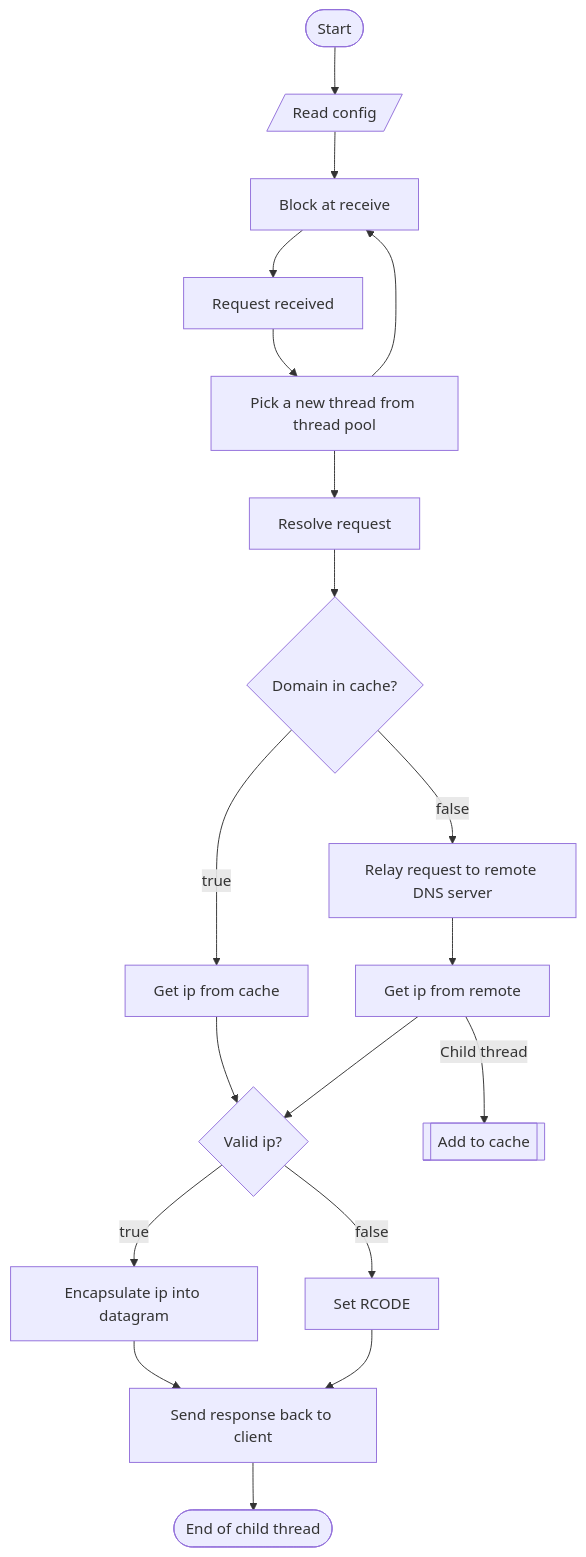
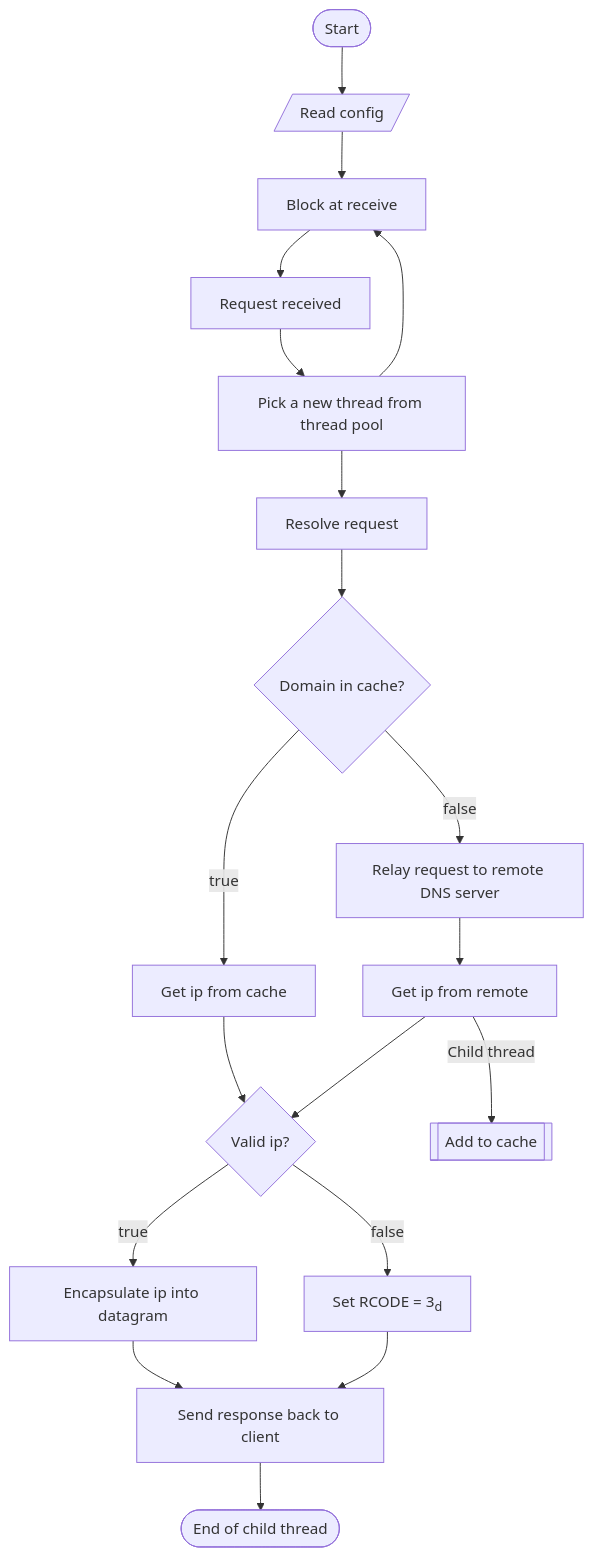
The fourth of 4 diagrams in docs/report.md (JerryZhangZZY/DnsRelay), drawn with Mermaid before and after one commit. The commit also changed other lines of this file, not shown here.

````diff
--- a/docs/report.md
+++ b/docs/report.md
@@ -256,29 +285,29 @@
 ```mermaid
 flowchart TB
 
 st([Start])
 1[/Read config/]
 2[Block at receive]
 3[Request received]
 4[Pick a new thread from thread pool]
 5[Resolve request]
 6{Domain in cache?}
 7[Get ip from cache]
 8[Relay request to remote DNS server]
 9[Get ip from remote]
 10[[Add to cache]]
 11{Valid ip?}
 12[Encapsulate ip into datagram]
-13[Set RCODE]
+13[Set RCODE = 3<sub>d</sub>]
 14[Send response back to client]
 nd([End of child thread])
 
 st-->1-->2-->3-->4-->2
 4-->5-->6
 6-->|true|7-->11
 6-->|false|8-->9-->11
 9-->|Child thread|10
 11-->|true|12-->14
 11-->|false|13-->14
 14-->nd
 ```
````
